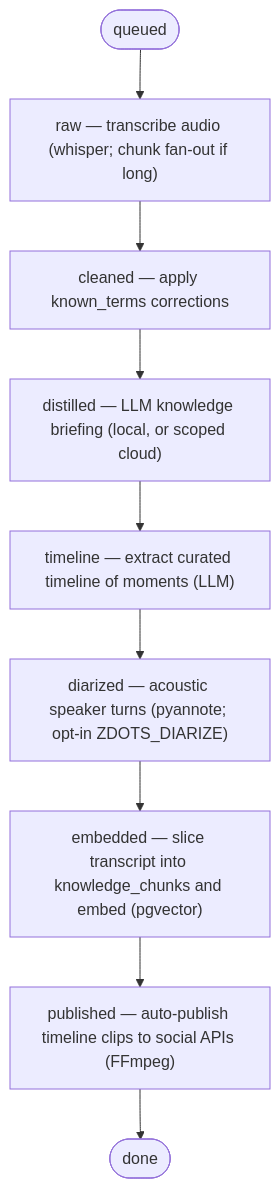
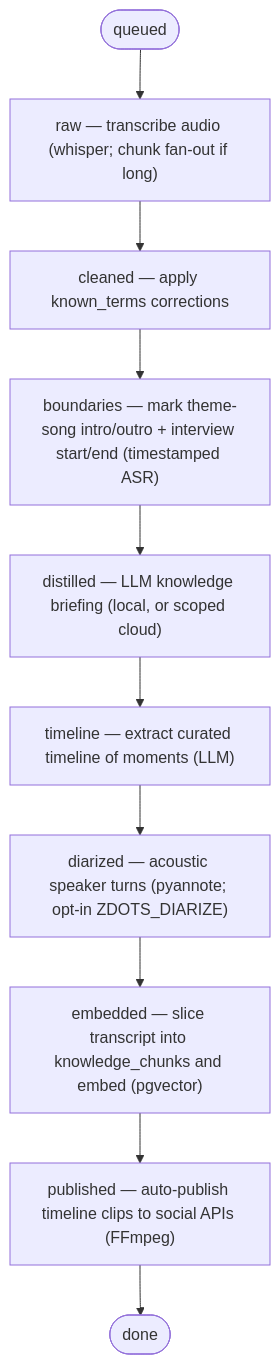
The diagram in docs/generated/ingest-pipeline.mmd (just3ws/zdots), drawn with Mermaid before and after one commit. The commit also changed 4 other files, not shown here.

First line of the commit message:
feat(ingest): boundaries stage — mark theme-song intro/outro + interview span

```diff
--- a/docs/generated/ingest-pipeline.mmd
+++ b/docs/generated/ingest-pipeline.mmd
@@ -1,16 +1,18 @@
 flowchart TD
   queued([queued]) --> raw
   raw["raw — transcribe audio (whisper; chunk fan-out if long)"]
   raw --> cleaned
   cleaned["cleaned — apply known_terms corrections"]
-  cleaned --> distilled
+  cleaned --> boundaries
+  boundaries["boundaries — mark theme-song intro/outro + interview start/end (timestamped ASR)"]
+  boundaries --> distilled
   distilled["distilled — LLM knowledge briefing (local, or scoped cloud)"]
   distilled --> timeline
   timeline["timeline — extract curated timeline of moments (LLM)"]
   timeline --> diarized
   diarized["diarized — acoustic speaker turns (pyannote; opt-in ZDOTS_DIARIZE)"]
   diarized --> embedded
   embedded["embedded — slice transcript into knowledge_chunks and embed (pgvector)"]
   embedded --> published
   published["published — auto-publish timeline clips to social APIs (FFmpeg)"]
   published --> done([done])
```
